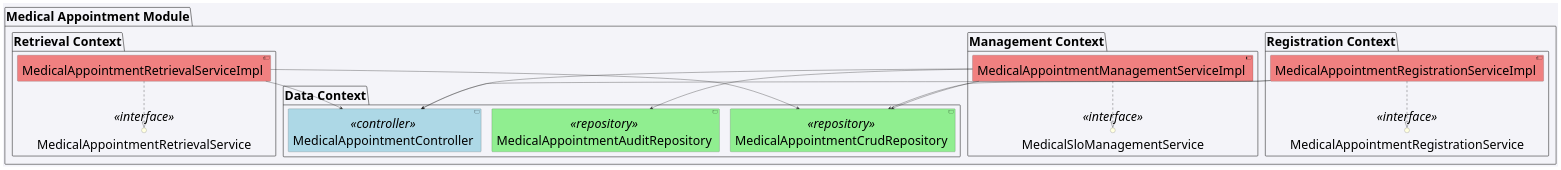
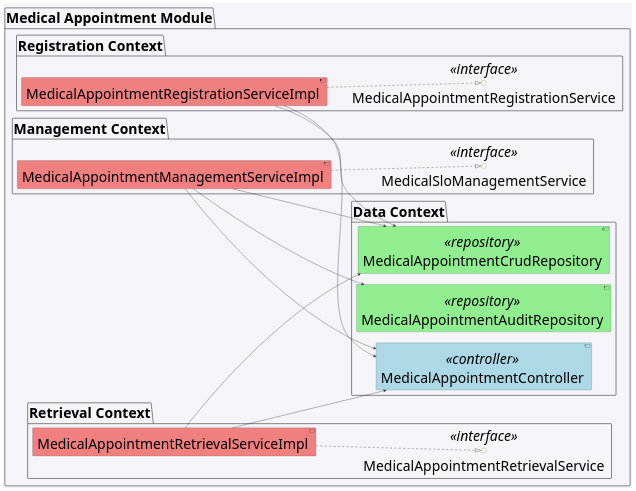
The diagram in codes/component_diagram_medical_appointment.wsd (LazaroDamasceno/Dissertacao-Mestrado), drawn with PlantUML before and after one commit. The commit also changed 15 other files, not shown here.

```diff
--- a/codes/component_diagram_medical_appointment.wsd
+++ b/codes/component_diagram_medical_appointment.wsd
@@ -1,45 +1,47 @@
 @startuml
 
 skinparam backgroundColor #f4f4f9
 skinparam componentStyle uml2
-skinparam defaultFontSize 40
+skinparam defaultFontSize 45
+left to right direction
+
 
 package "Medical Appointment Module" {
 
     package "Data Context" {
         component MedicalAppointmentController <<controller>> #LightBlue
         component MedicalAppointmentCrudRepository <<repository>> #LightGreen
         component MedicalAppointmentAuditRepository <<repository>> #LightGreen
     }
 
     package "Registration Context" {
         interface MedicalAppointmentRegistrationService <<interface>> #LightYellow
         component MedicalAppointmentRegistrationServiceImpl #LightCoral
 
         MedicalAppointmentRegistrationServiceImpl ..|> MedicalAppointmentRegistrationService
         MedicalAppointmentRegistrationServiceImpl --> MedicalAppointmentCrudRepository
         MedicalAppointmentRegistrationServiceImpl --> MedicalAppointmentController
     }
 
     package "Management Context" {
         interface MedicalSloManagementService <<interface>> #LightYellow
         component MedicalAppointmentManagementServiceImpl #LightCoral
 
         MedicalAppointmentManagementServiceImpl ..|> MedicalSloManagementService
         MedicalAppointmentManagementServiceImpl --> MedicalAppointmentCrudRepository
         MedicalAppointmentManagementServiceImpl --> MedicalAppointmentAuditRepository
         MedicalAppointmentManagementServiceImpl --> MedicalAppointmentController
     }
 
     package "Retrieval Context" {
         interface MedicalAppointmentRetrievalService <<interface>> #LightYellow
         component MedicalAppointmentRetrievalServiceImpl #LightCoral
 
         MedicalAppointmentRetrievalServiceImpl ..|> MedicalAppointmentRetrievalService
         MedicalAppointmentRetrievalServiceImpl --> MedicalAppointmentCrudRepository
         MedicalAppointmentRetrievalServiceImpl --> MedicalAppointmentController
     }
 
 }
 
 @enduml
```
